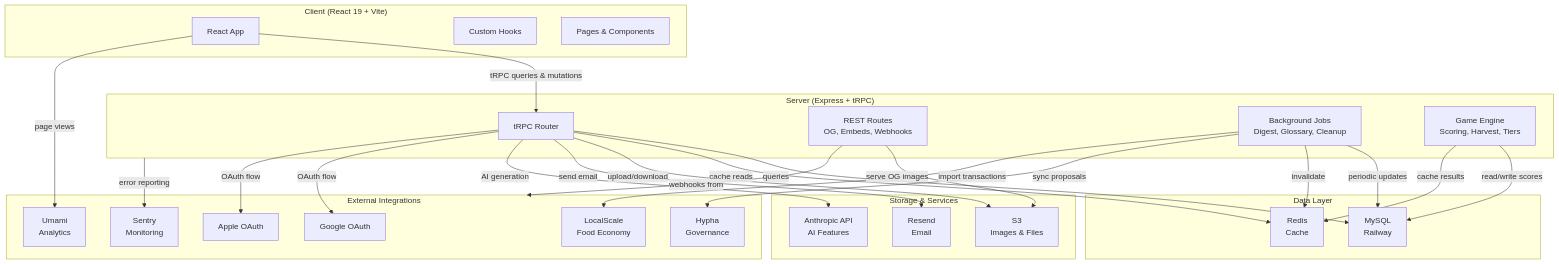
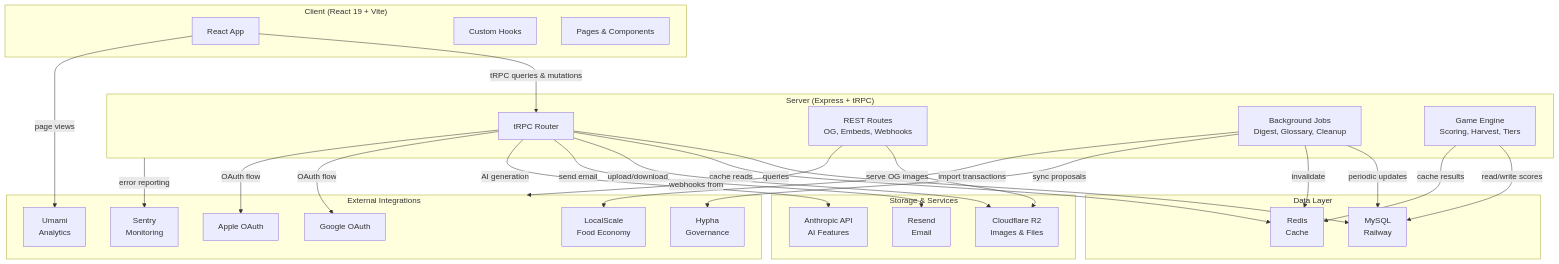
Before and after one commit to Rieki777/ReGenCivics.Earth: the diagram in docs/ARCHITECTURE.md, drawn with Mermaid. The commit also changed 1 other file, not shown here.

Commit message:
docs: storage is Cloudflare R2 in the architecture diagram and the upgrade notes
The last two docs that named S3 as the store (plan P0-9). The code uses the
S3-compatible SDK pointed at R2; README already says so.

````diff
--- a/docs/ARCHITECTURE.md
+++ b/docs/ARCHITECTURE.md
@@ -7,60 +7,60 @@
 ```mermaid
 graph TB
     subgraph client["Client (React 19 + Vite)"]
         react["React App"]
         hooks["Custom Hooks"]
         pages["Pages & Components"]
     end
 
     subgraph server["Server (Express + tRPC)"]
         trpc["tRPC Router"]
         rest["REST Routes<br/>OG, Embeds, Webhooks"]
         jobs["Background Jobs<br/>Digest, Glossary, Cleanup"]
         engine["Game Engine<br/>Scoring, Harvest, Tiers"]
     end
 
     subgraph data["Data Layer"]
         mysql["MySQL<br/>Railway"]
         redis["Redis<br/>Cache"]
     end
 
     subgraph storage["Storage & Services"]
-        s3["S3<br/>Images & Files"]
+        s3["Cloudflare R2<br/>Images & Files"]
         resend["Resend<br/>Email"]
         anthropic["Anthropic API<br/>AI Features"]
     end
 
     subgraph external["External Integrations"]
         google["Google OAuth"]
         apple["Apple OAuth"]
         hypha["Hypha<br/>Governance"]
         localscale["LocalScale<br/>Food Economy"]
         sentry["Sentry<br/>Monitoring"]
         umami["Umami<br/>Analytics"]
     end
 
     react -->|tRPC queries & mutations| trpc
     trpc -->|queries| mysql
     trpc -->|cache reads| redis
     trpc -->|upload/download| s3
     trpc -->|send email| resend
     trpc -->|AI generation| anthropic
 
     jobs -->|periodic updates| mysql
     jobs -->|invalidate| redis
 
     engine -->|read/write scores| mysql
     engine -->|cache results| redis
 
     rest -->|serve OG images| s3
     rest -->|webhooks from| external
 
     trpc -->|OAuth flow| google
     trpc -->|OAuth flow| apple
 
     jobs -->|sync proposals| hypha
     jobs -->|import transactions| localscale
 
     server -->|error reporting| sentry
     react -->|page views| umami
 ```
````
